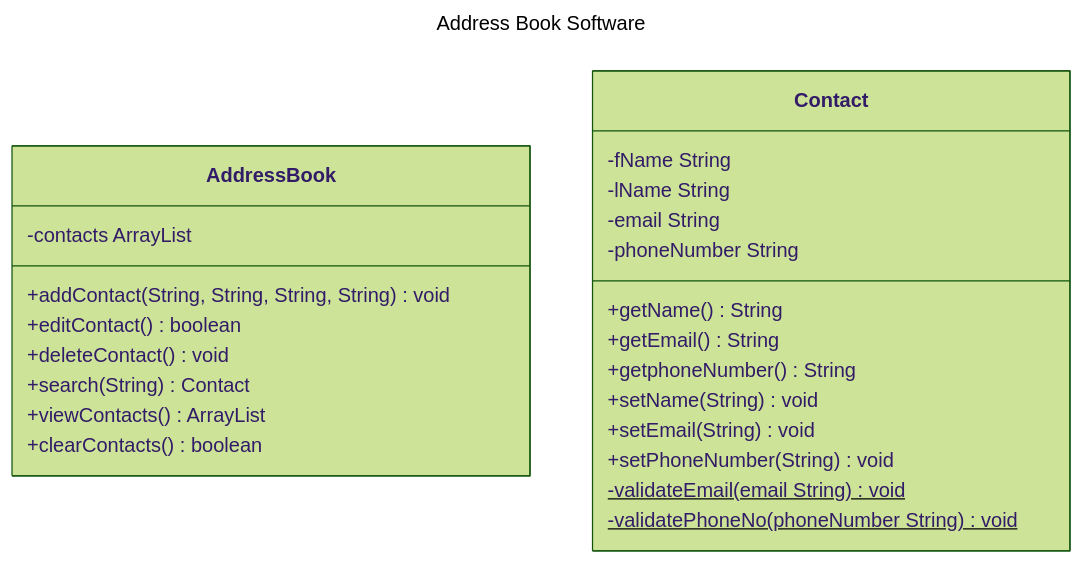
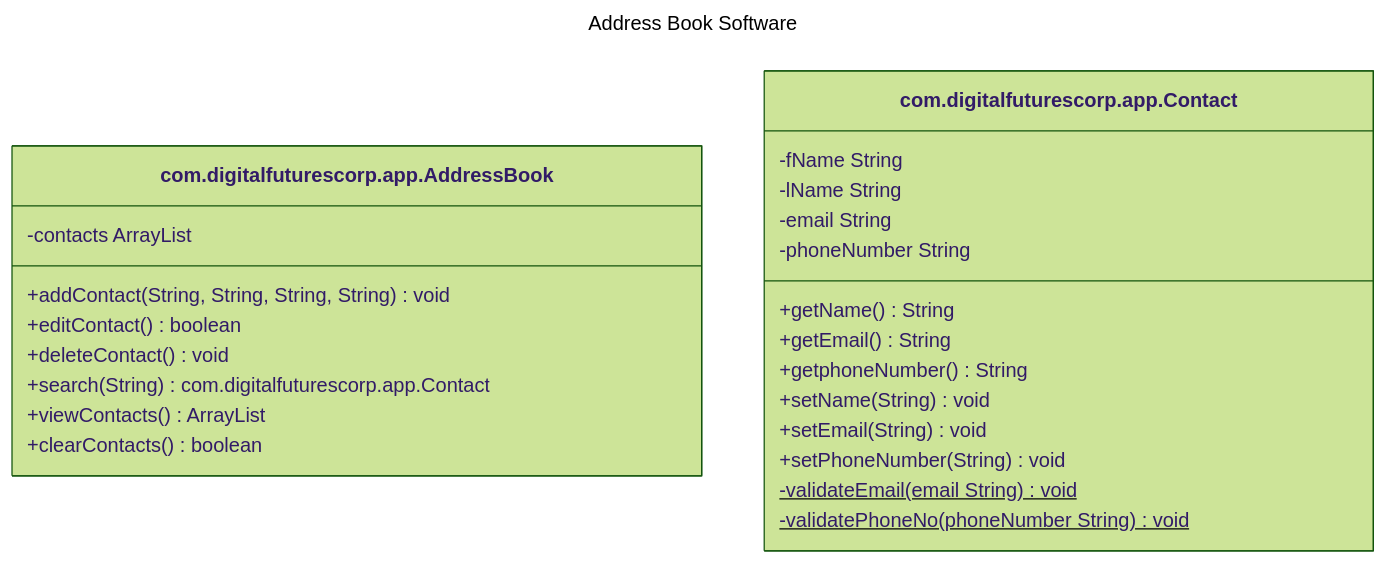
Before and after one commit to myaleung/address-book-application: the diagram in docs/domain-models-test-plan.md, drawn with Mermaid (forest theme). The commit also changed 5 other files, not shown here.

````diff
--- a/docs/domain-models-test-plan.md
+++ b/docs/domain-models-test-plan.md
@@ -5,29 +5,29 @@
 ```mermaid
 ---
 title: Address Book Software
 ---
 classDiagram
-    class AddressBook {
-        -contacts ArrayList<Contact>
+    class com.digitalfuturescorp.app.AddressBook {
+        -contacts ArrayList<com.digitalfuturescorp.app.Contact>
         +addContact(String, String, String, String) void
         +editContact() boolean
         +deleteContact() void
-        +search(String) Contact
+        +search(String) com.digitalfuturescorp.app.Contact
         +viewContacts() ArrayList
         +clearContacts() boolean
     }
-    class Contact {
+    class com.digitalfuturescorp.app.Contact {
         -fName String
         -lName String
         -email  String
         -phoneNumber String
         +getName() String
         +getEmail() String
         +getphoneNumber() String
         +setName(String) void
         +setEmail(String) void
         +setPhoneNumber(String) void
         -validateEmail(email String)$ void
         -validatePhoneNo(phoneNumber String)$ void
     }
 ```
````
